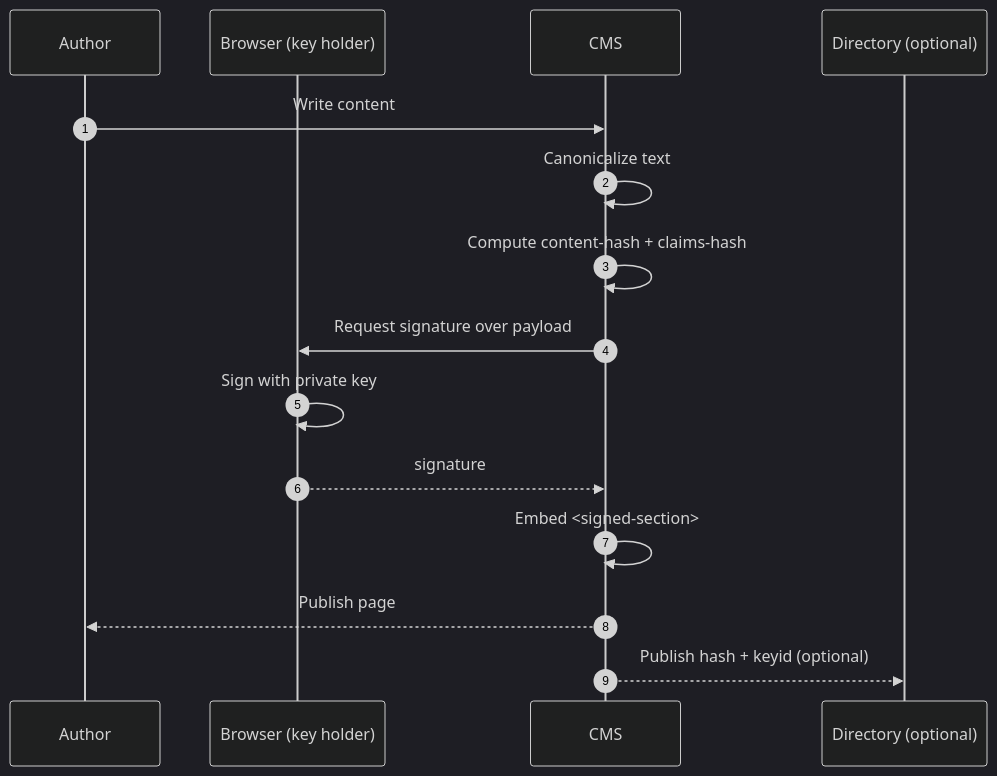
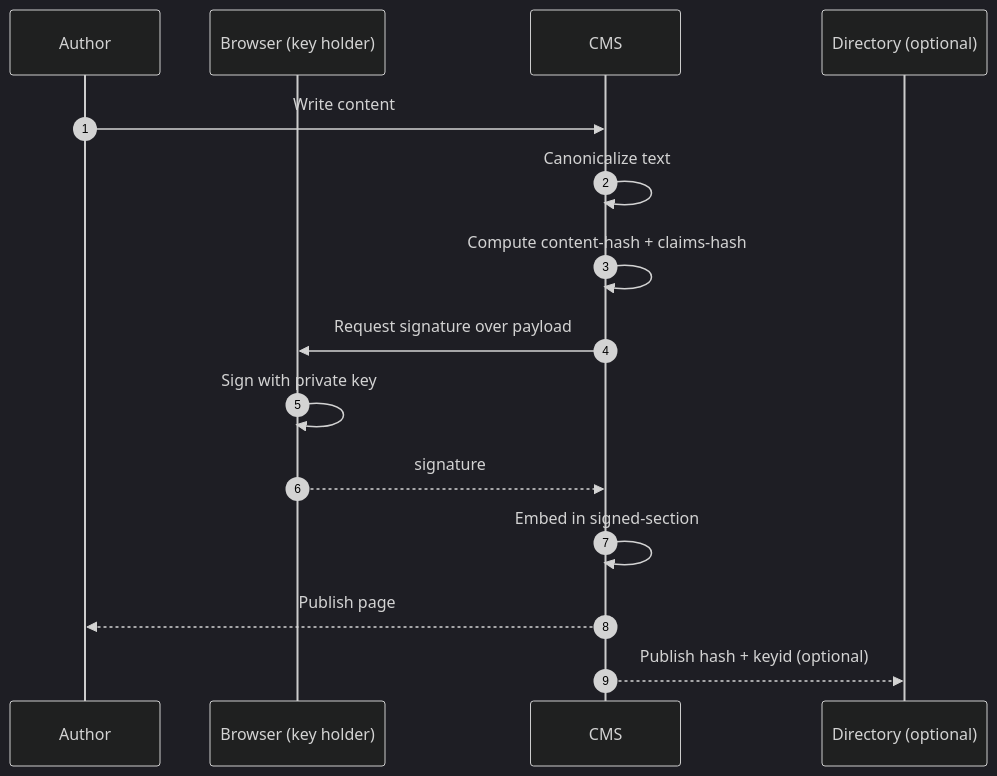
Before and after one commit to HTMLTrust/htmltrust-website: the third of 5 diagrams in content/architecture/_index.md, drawn with Mermaid (dark theme). The commit also changed other lines of this file and 3 other files, not shown here.

````diff
--- a/content/architecture/_index.md
+++ b/content/architecture/_index.md
@@ -56,17 +56,17 @@
 ```mermaid
 sequenceDiagram
     autonumber
     participant A as Author
     participant B as Browser (key holder)
     participant C as CMS
     participant D as Directory (optional)
     A->>C: Write content
     C->>C: Canonicalize text
     C->>C: Compute content-hash + claims-hash
     C->>B: Request signature over payload
     B->>B: Sign with private key
     B-->>C: signature
-    C->>C: Embed <signed-section>
+    C->>C: Embed in signed-section
     C-->>A: Publish page
     C-->>D: Publish hash + keyid (optional)
 ```
````
